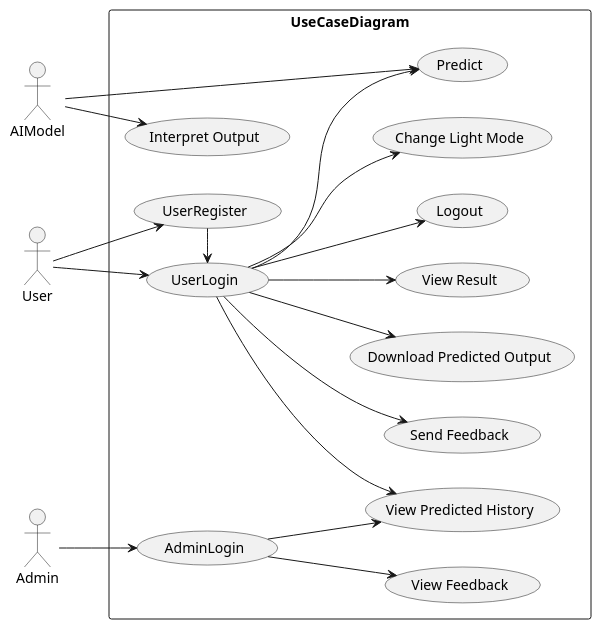
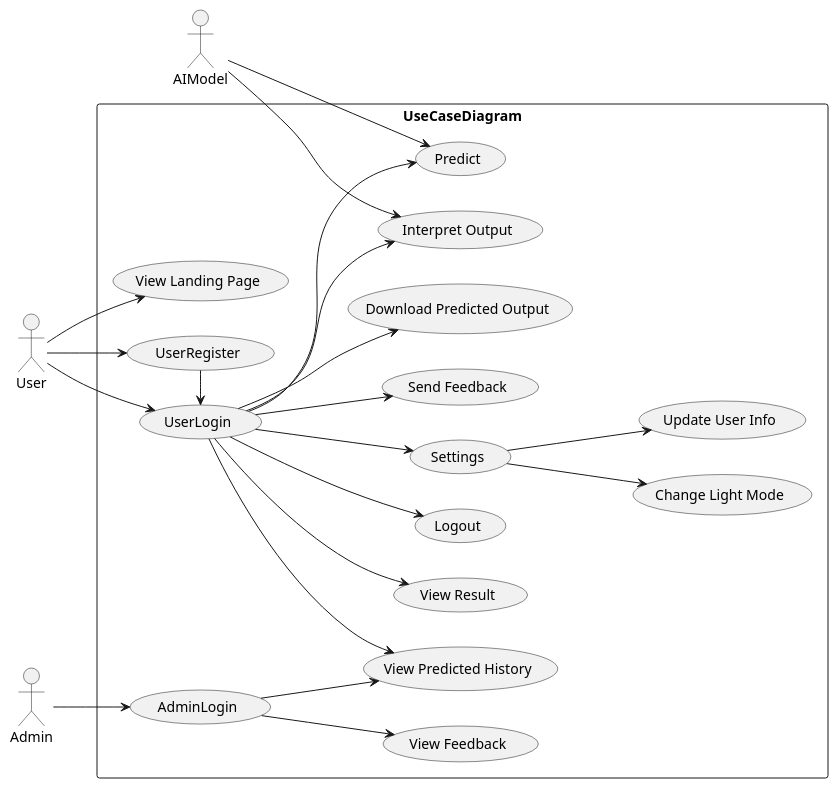
One commit to getdaniel/bc-drug changed the diagram in docs/diagrams/usecase.puml. Above: the diagram before and after it, drawn with PlantUML. The commit also changed 3 other files, not shown here.

Commit message:
update use case and add activity diagram

```diff
--- a/docs/diagrams/usecase.puml
+++ b/docs/diagrams/usecase.puml
@@ -1,29 +1,34 @@
 @startuml usecase_diagram
 
 left to right direction
 
 actor User
 actor Admin
 actor AIModel
 
 rectangle UseCaseDiagram {
   User --> (UserRegister)
   User -left-> (UserLogin)
+  User --> (View Landing Page)
+  
   (UserRegister) -left-> (UserLogin)
   (UserLogin) --> (View Result)
   (UserLogin) --> (Logout)
-  (UserLogin) --> (Change Light Mode)
+  (UserLogin) --> (Settings)
+  (Settings) --> (Change Light Mode)
+  (Settings) --> (Update User Info)
   (UserLogin) --> (Send Feedback)
   (UserLogin) --> (Download Predicted Output)
   (UserLogin) --> (View Predicted History)
   (UserLogin) --> (Predict)
+  (UserLogin) --> (Interpret Output)
 
   AIModel --> (Predict)
   AIModel --> (Interpret Output)
 
   Admin --> (AdminLogin)
   (AdminLogin) --> (View Feedback)
   (AdminLogin) --> (View Predicted History)
 }
 
 @enduml
```
